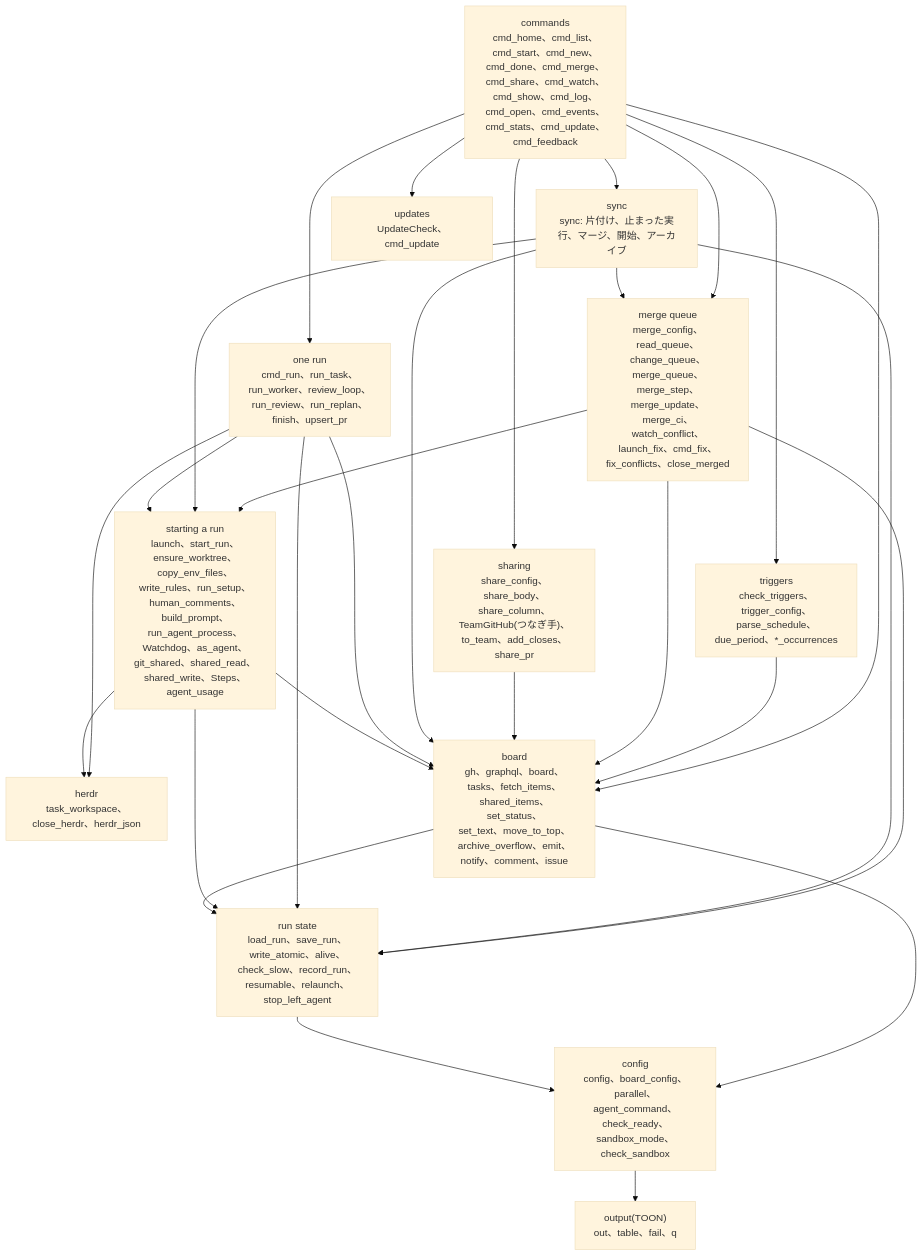
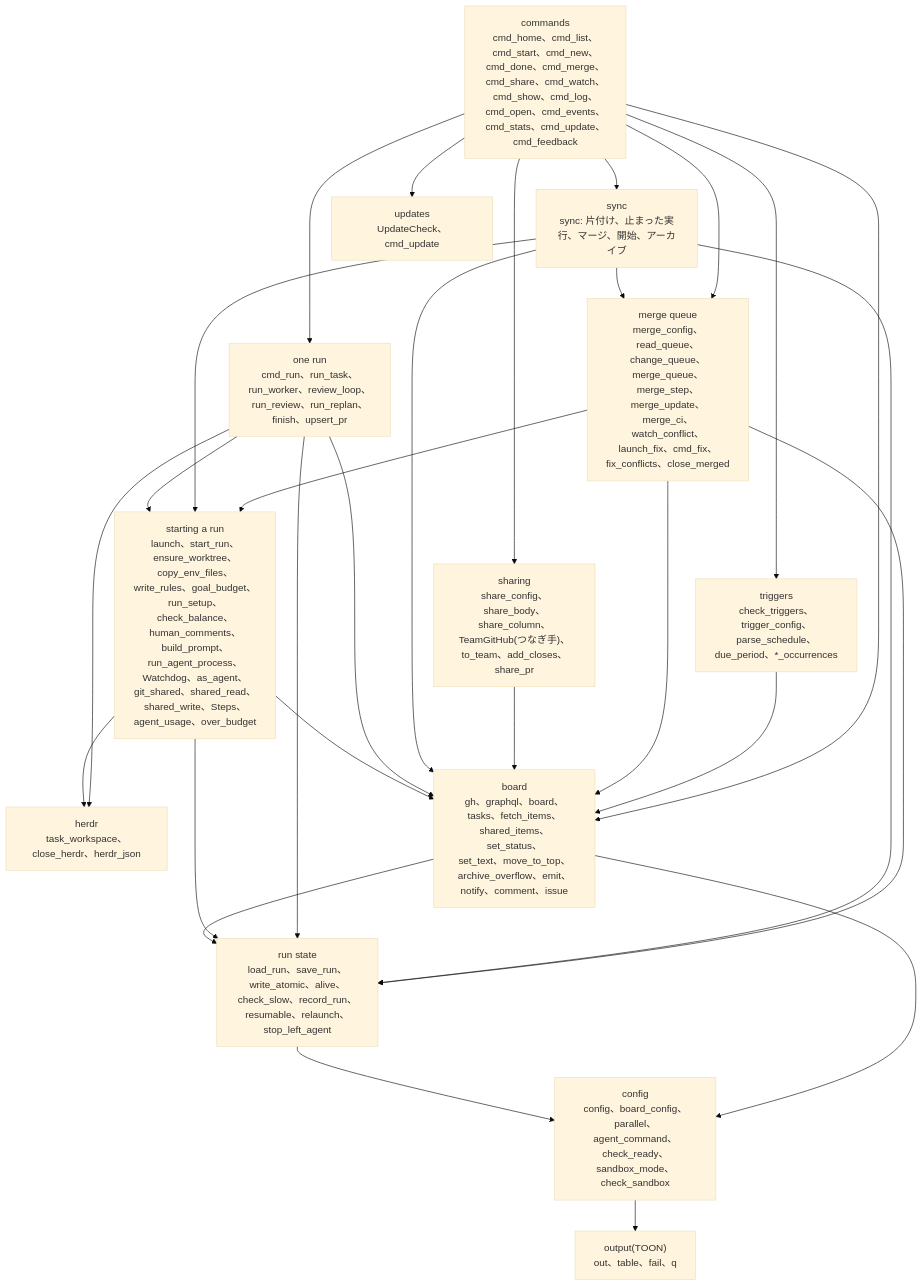
The first of 9 diagrams in docs/architecture/lld.md (jyoka/task-hub), drawn with Mermaid (base theme) before and after one commit. The commit also changed other lines of this file and 12 other files, not shown here.

````diff
--- a/docs/architecture/lld.md
+++ b/docs/architecture/lld.md
@@ -11,44 +11,44 @@
 ```mermaid
 flowchart TB
     commands["commands<br/>cmd_home、cmd_list、cmd_start、cmd_new、cmd_done、cmd_merge、cmd_share、cmd_watch、<br/>cmd_show、cmd_log、cmd_open、cmd_events、cmd_stats、cmd_update、cmd_feedback"]
     mergeq["merge queue<br/>merge_config、read_queue、change_queue、merge_queue、merge_step、merge_update、merge_ci、<br/>watch_conflict、launch_fix、cmd_fix、fix_conflicts、close_merged"]
     sharing["sharing<br/>share_config、share_body、share_column、TeamGitHub(つなぎ手)、to_team、add_closes、share_pr"]
     sync["sync<br/>sync: 片付け、止まった実行、マージ、開始、アーカイブ"]
     runone["one run<br/>cmd_run、run_task、run_worker、review_loop、run_review、run_replan、finish、upsert_pr"]
-    start["starting a run<br/>launch、start_run、ensure_worktree、copy_env_files、write_rules、run_setup、human_comments、build_prompt、<br/>run_agent_process、Watchdog、as_agent、git_shared、shared_read、shared_write、Steps、agent_usage"]
+    start["starting a run<br/>launch、start_run、ensure_worktree、copy_env_files、write_rules、goal_budget、run_setup、check_balance、human_comments、build_prompt、<br/>run_agent_process、Watchdog、as_agent、git_shared、shared_read、shared_write、Steps、agent_usage、over_budget"]
     herdr["herdr<br/>task_workspace、close_herdr、herdr_json"]
     runstate["run state<br/>load_run、save_run、write_atomic、alive、check_slow、record_run、<br/>resumable、relaunch、stop_left_agent"]
     boardl["board<br/>gh、graphql、board、tasks、fetch_items、shared_items、set_status、<br/>set_text、move_to_top、archive_overflow、emit、notify、comment、issue"]
     config["config<br/>config、board_config、parallel、agent_command、check_ready、sandbox_mode、check_sandbox"]
     output["output(TOON)<br/>out、table、fail、q"]
     updates["updates<br/>UpdateCheck、cmd_update"]
     triggers["triggers<br/>check_triggers、trigger_config、parse_schedule、due_period、*_occurrences"]
 
     commands --> sync
     commands --> runone
     commands --> boardl
     commands --> updates
     commands --> triggers
     triggers --> boardl
     commands --> sharing
     commands --> mergeq
     sync --> mergeq
     mergeq --> start
     mergeq --> boardl
     mergeq --> runstate
     sharing --> boardl
     sync --> start
     sync --> boardl
     sync --> runstate
     runone --> start
     runone --> boardl
     runone --> runstate
     runone --> herdr
     start --> herdr
     start --> runstate
     start --> boardl
     boardl --> runstate
     boardl --> config
     runstate --> config
     config --> output
 ```
````
